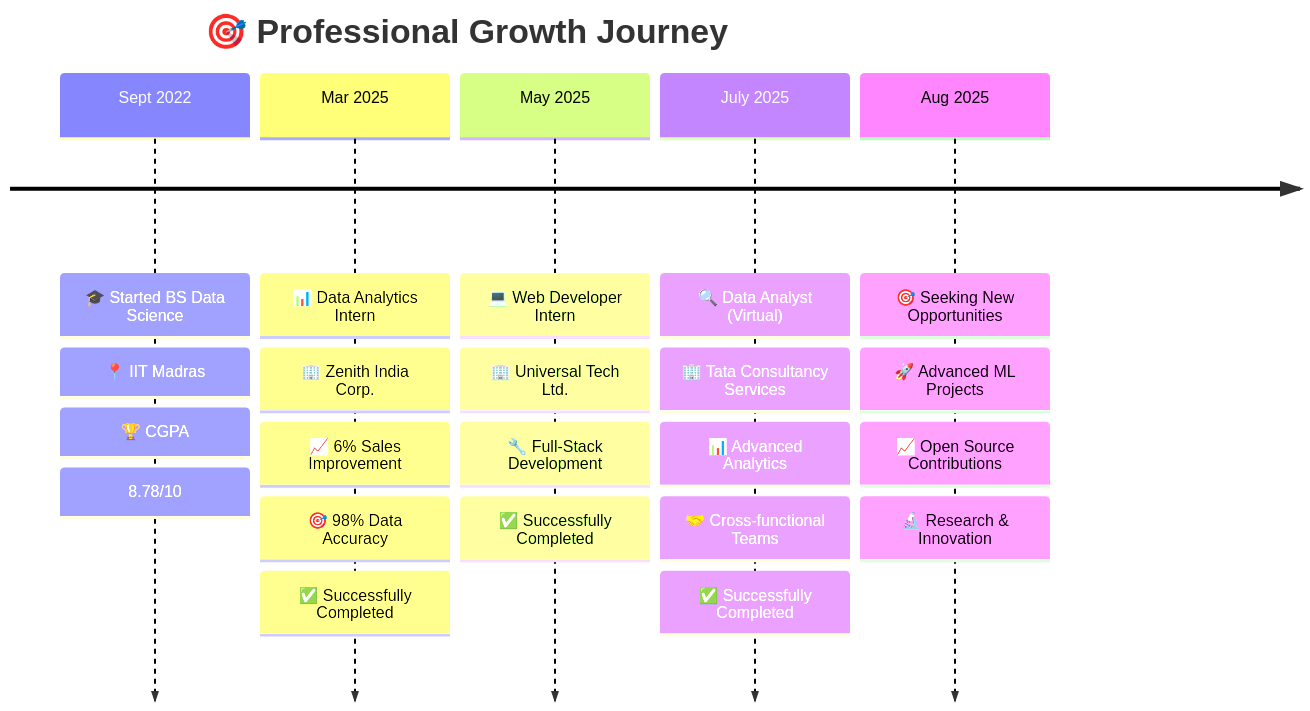
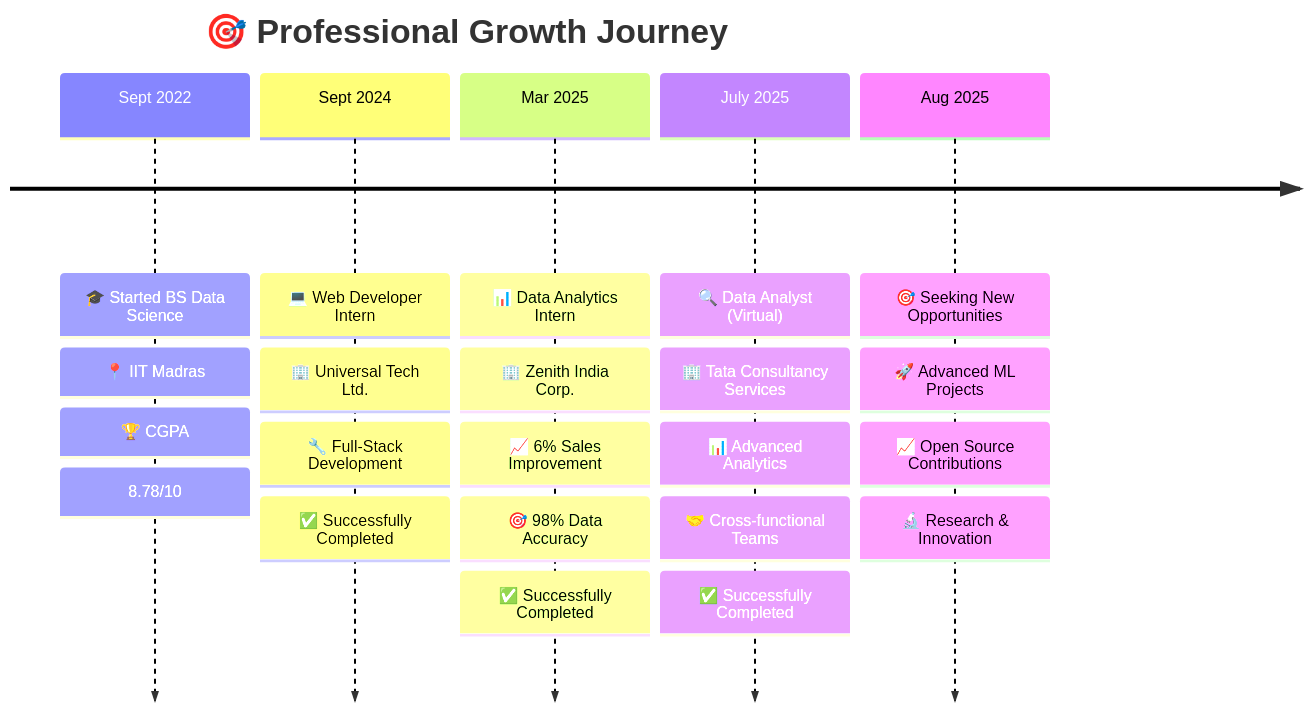
One commit to i-satyamsaurabh/i-satyamsaurabh changed the diagram in README.md. Above: the diagram before and after it, drawn with Mermaid. The commit also changed other lines of this file, not shown here.

````diff
--- a/README.md
+++ b/README.md
@@ -202,30 +202,30 @@
 ```mermaid
 timeline
     title 🎯 Professional Growth Journey
     
     Sept 2022   : 🎓 Started BS Data Science
                 : 📍 IIT Madras
                 : 🏆 CGPA: 8.78/10
+
+    Sept 2024   : 💻 Web Developer Intern
+                : 🏢 Universal Tech Ltd.
+                : 🔧 Full-Stack Development
+                : ✅ Successfully Completed
     
     Mar 2025    : 📊 Data Analytics Intern
                 : 🏢 Zenith India Corp.
                 : 📈 6% Sales Improvement
                 : 🎯 98% Data Accuracy
                 : ✅ Successfully Completed
-
-    May 2025    : 💻 Web Developer Intern
-                : 🏢 Universal Tech Ltd.
-                : 🔧 Full-Stack Development
-                : ✅ Successfully Completed
     
-    July 2025    : 🔍 Data Analyst (Virtual)
+    July 2025   : 🔍 Data Analyst (Virtual)
                 : 🏢 Tata Consultancy Services
                 : 📊 Advanced Analytics
                 : 🤝 Cross-functional Teams
                 : ✅ Successfully Completed
     
     Aug 2025    : 🎯 Seeking New Opportunities
                 : 🚀 Advanced ML Projects
                 : 📈 Open Source Contributions
                 : 🔬 Research & Innovation
 ```
````
